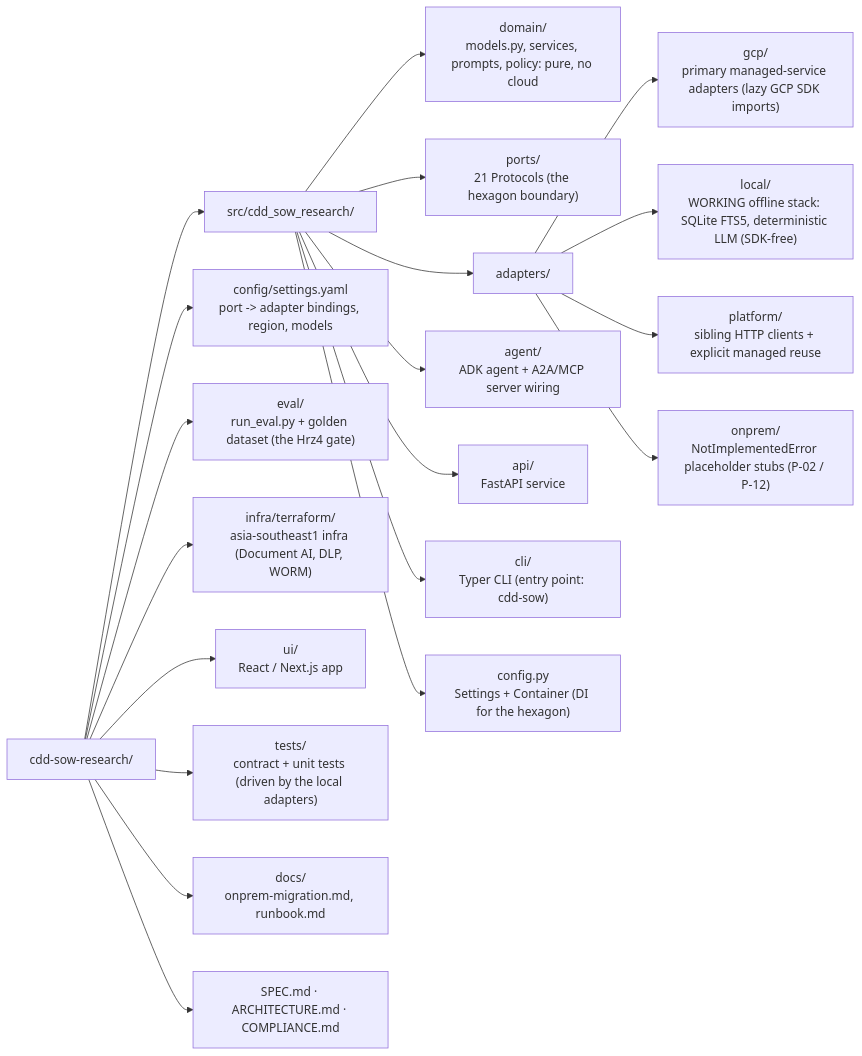
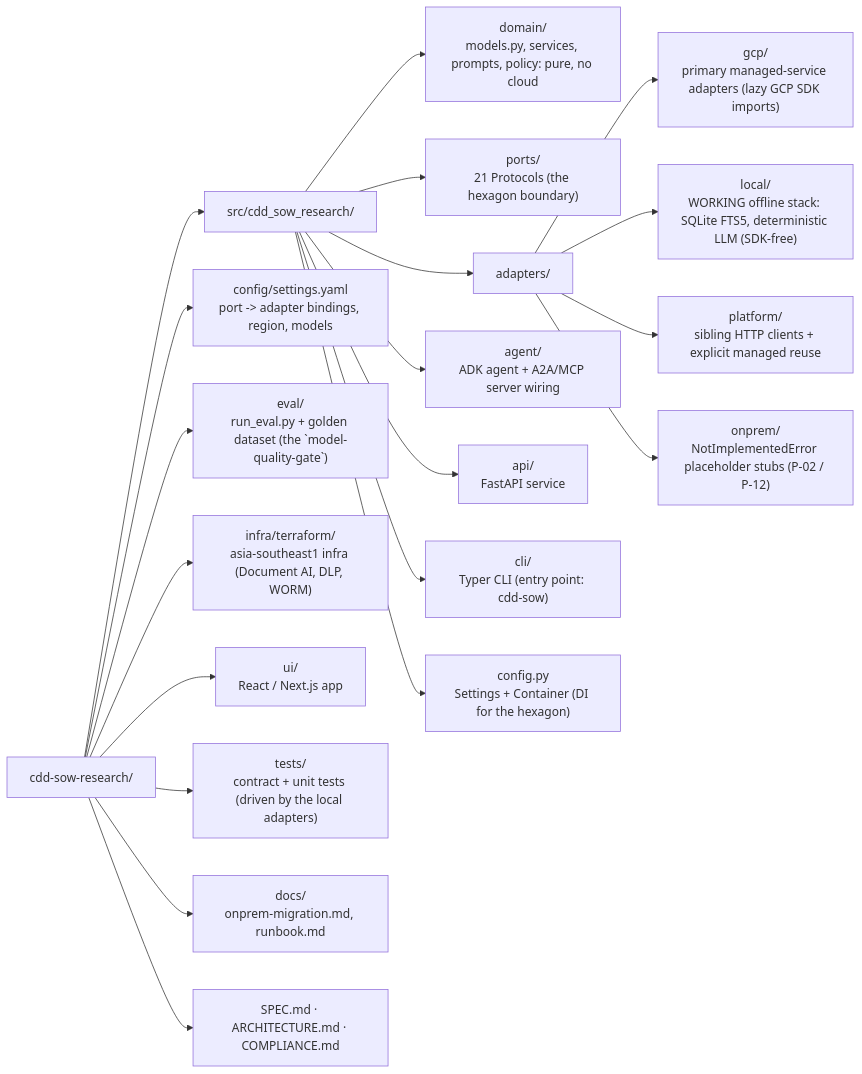
Before and after one commit to portable-genai/cdd-sow-research: the third of 3 diagrams in README.md, drawn with Mermaid. The commit also changed other lines of this file and 107 other files, not shown here.

````diff
--- a/README.md
+++ b/README.md
@@ -432,43 +430,43 @@
 ```mermaid
 flowchart LR
     root["cdd-sow-research/"]
     src["src/cdd_sow_research/"]
     domain["domain/<br/>models.py, services, prompts, policy: pure, no cloud"]
     ports["ports/<br/>21 Protocols (the hexagon boundary)"]
     adapters["adapters/"]
     gcp["gcp/<br/>primary managed-service adapters (lazy GCP SDK imports)"]
     local["local/<br/>WORKING offline stack: SQLite FTS5, deterministic LLM (SDK-free)"]
     platform["platform/<br/>sibling HTTP clients + explicit managed reuse"]
     onprem["onprem/<br/>NotImplementedError placeholder stubs (P-02 / P-12)"]
     agent["agent/<br/>ADK agent + A2A/MCP server wiring"]
     api["api/<br/>FastAPI service"]
     cli["cli/<br/>Typer CLI (entry point: cdd-sow)"]
     srcconfig["config.py<br/>Settings + Container (DI for the hexagon)"]
     config["config/settings.yaml<br/>port -> adapter bindings, region, models"]
-    eval["eval/<br/>run_eval.py + golden dataset (the Hrz4 gate)"]
+    eval["eval/<br/>run_eval.py + golden dataset (the `model-quality-gate`)"]
     terraform["infra/terraform/<br/>asia-southeast1 infra (Document AI, DLP, WORM)"]
     ui["ui/<br/>React / Next.js app"]
     tests["tests/<br/>contract + unit tests (driven by the local adapters)"]
     docs["docs/<br/>onprem-migration.md, runbook.md"]
     topdocs["SPEC.md · ARCHITECTURE.md · COMPLIANCE.md"]
 
     root --> src
     src --> domain
     src --> ports
     src --> adapters
     adapters --> gcp
     adapters --> local
     adapters --> platform
     adapters --> onprem
     src --> agent
     src --> api
     src --> cli
     src --> srcconfig
     root --> config
     root --> eval
     root --> terraform
     root --> ui
     root --> tests
     root --> docs
     root --> topdocs
 ```
````
